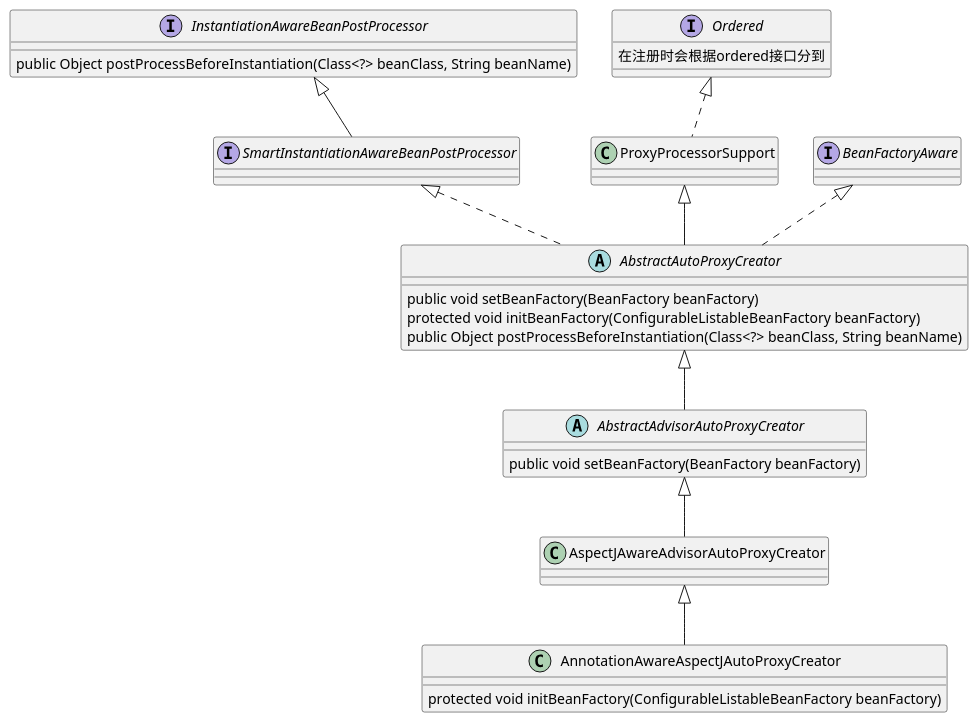
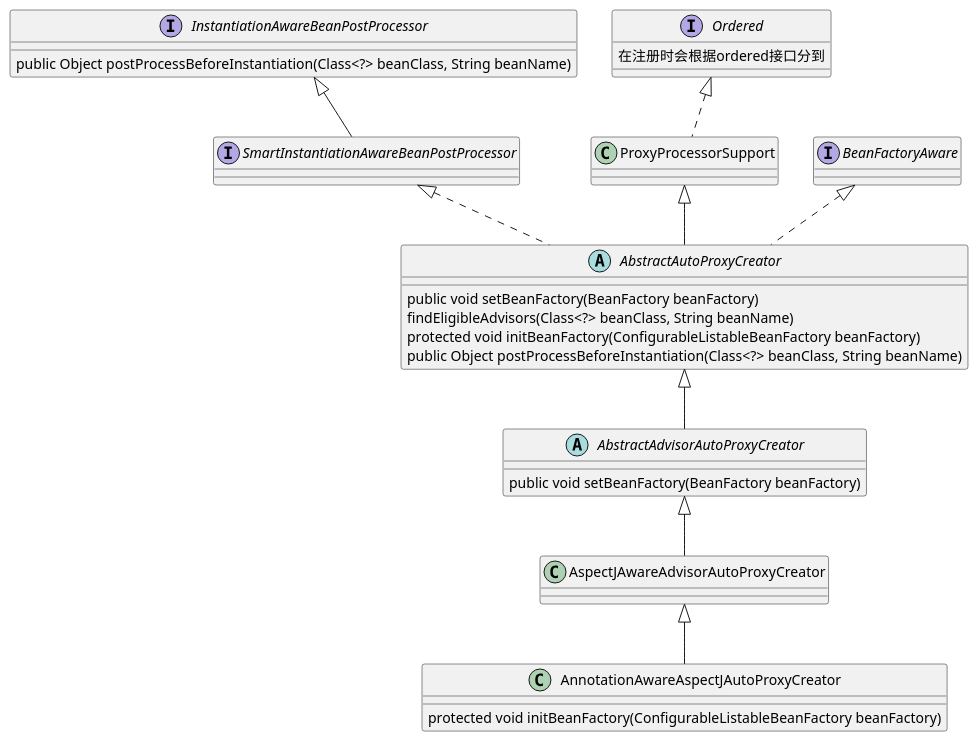
Before and after one commit to TheStarPlatinum/spring-framework: the diagram in spring-ydx/src/main/java/com/ydx/anno/aop/AnnotationAwareAspectJAutoProxyCreator.puml, drawn with PlantUML. The commit also changed 2 other files, not shown here.

```diff
--- a/spring-ydx/src/main/java/com/ydx/anno/aop/AnnotationAwareAspectJAutoProxyCreator.puml
+++ b/spring-ydx/src/main/java/com/ydx/anno/aop/AnnotationAwareAspectJAutoProxyCreator.puml
@@ -1,49 +1,51 @@
 @startuml
 
 
 interface InstantiationAwareBeanPostProcessor{
     public Object postProcessBeforeInstantiation(Class<?> beanClass, String beanName)
 }
 
 interface Ordered{
     在注册时会根据ordered接口分到
 }
 
 class ProxyProcessorSupport{
 }
 
 interface BeanFactoryAware{
 
 }
 
 interface SmartInstantiationAwareBeanPostProcessor{
 }
 
 abstract class AbstractAutoProxyCreator{
 '   会调用 initBeanFactory 后者在 anno中重写
     public void setBeanFactory(BeanFactory beanFactory)
+'    获取所有合适的增强器
+    findEligibleAdvisors(Class<?> beanClass, String beanName)
     protected void initBeanFactory(ConfigurableListableBeanFactory beanFactory)
     public Object postProcessBeforeInstantiation(Class<?> beanClass, String beanName)
 }
 
 
 abstract class AbstractAdvisorAutoProxyCreator{
     public void setBeanFactory(BeanFactory beanFactory)
 }
 
 class AspectJAwareAdvisorAutoProxyCreator{
 }
 
 class AnnotationAwareAspectJAutoProxyCreator{
     protected void initBeanFactory(ConfigurableListableBeanFactory beanFactory)
 }
 
 Ordered <|.. ProxyProcessorSupport
 InstantiationAwareBeanPostProcessor <|-- SmartInstantiationAwareBeanPostProcessor
 BeanFactoryAware <|.. AbstractAutoProxyCreator
 SmartInstantiationAwareBeanPostProcessor <|.. AbstractAutoProxyCreator
 ProxyProcessorSupport <|-- AbstractAutoProxyCreator
 AbstractAutoProxyCreator<|-- AbstractAdvisorAutoProxyCreator
 AbstractAdvisorAutoProxyCreator <|-- AspectJAwareAdvisorAutoProxyCreator
 AspectJAwareAdvisorAutoProxyCreator <|-- AnnotationAwareAspectJAutoProxyCreator
 @enduml
```
